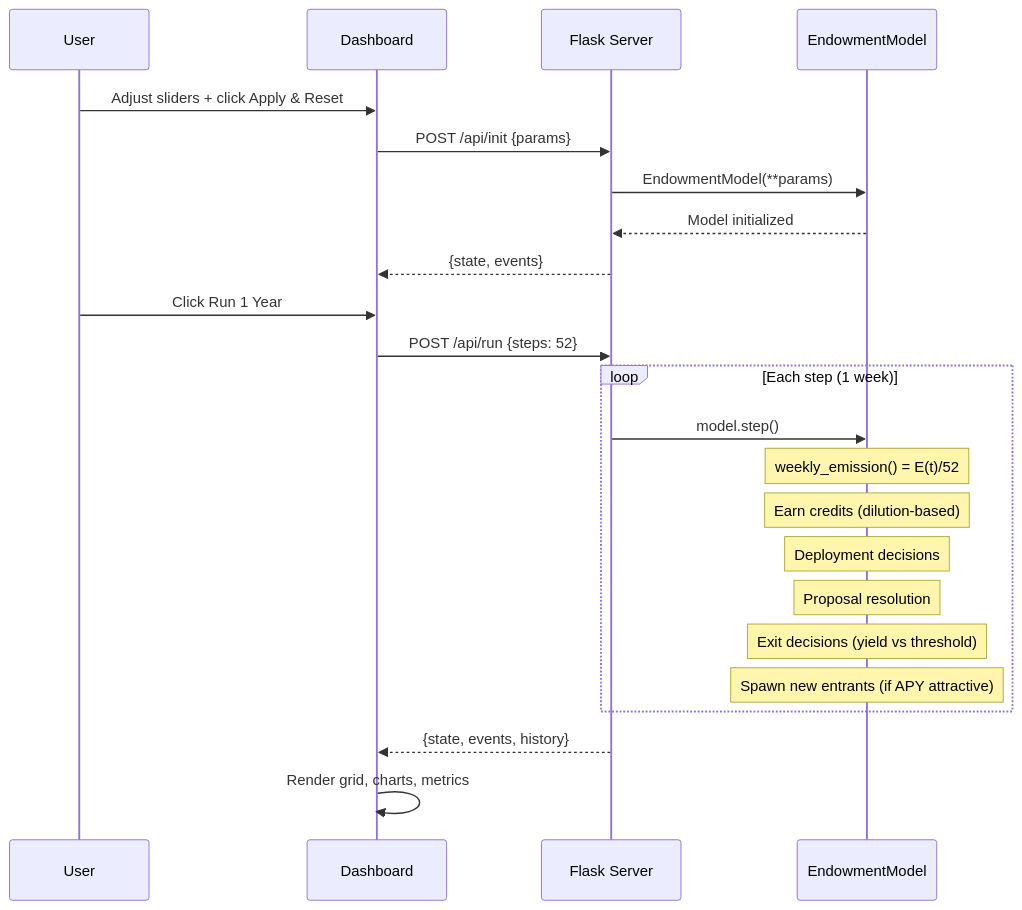
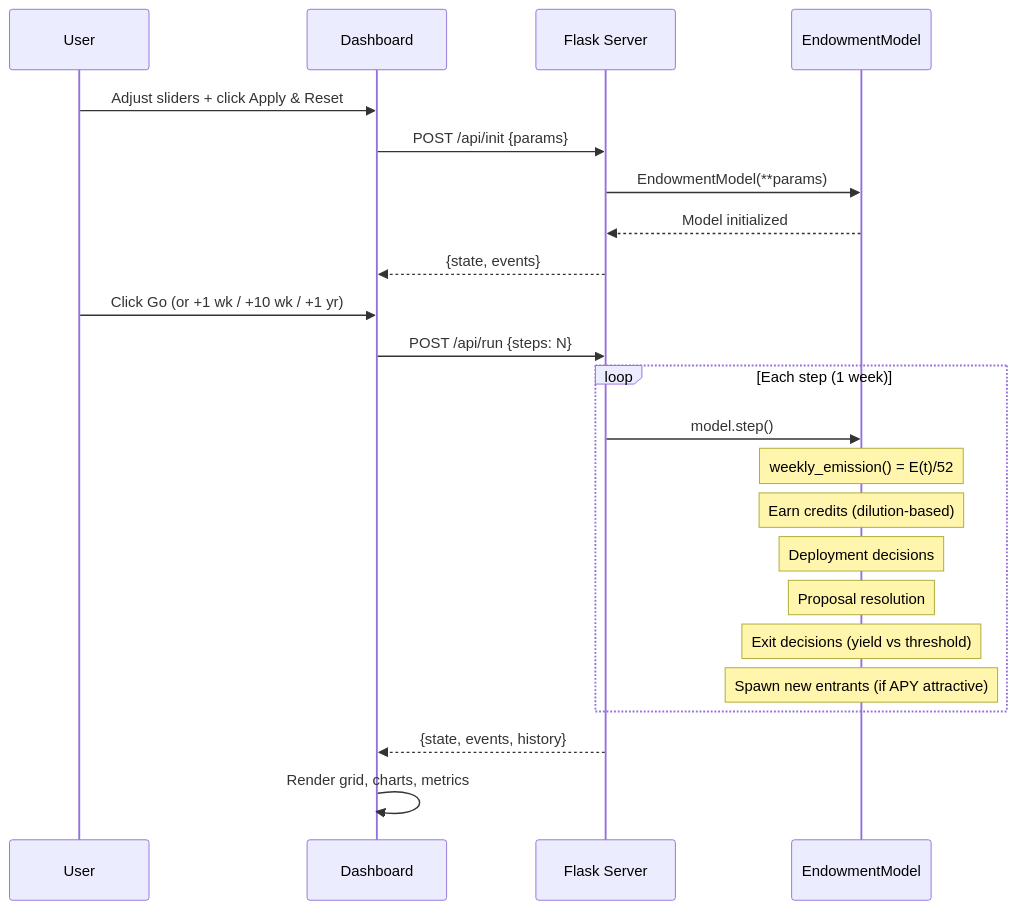
Before and after one commit to rsthornton/rsc-endowment-abm: the second of 13 diagrams in ARCHITECTURE.md, drawn with Mermaid. The commit also changed other lines of this file and 1 other file, not shown here.

First line of the commit message:
docs: update README and ARCHITECTURE for dashboard overhaul

````diff
--- a/ARCHITECTURE.md
+++ b/ARCHITECTURE.md
@@ -35,27 +35,27 @@
 ```mermaid
 sequenceDiagram
     participant U as User
     participant D as Dashboard
     participant S as Flask Server
     participant M as EndowmentModel
 
     U->>D: Adjust sliders + click Apply & Reset
     D->>S: POST /api/init {params}
     S->>M: EndowmentModel(**params)
     M-->>S: Model initialized
     S-->>D: {state, events}
 
-    U->>D: Click Run 1 Year
-    D->>S: POST /api/run {steps: 52}
+    U->>D: Click Go (or +1 wk / +10 wk / +1 yr)
+    D->>S: POST /api/run {steps: N}
     loop Each step (1 week)
         S->>M: model.step()
         Note over M: weekly_emission() = E(t)/52
         Note over M: Earn credits (dilution-based)
         Note over M: Deployment decisions
         Note over M: Proposal resolution
         Note over M: Exit decisions (yield vs threshold)
         Note over M: Spawn new entrants (if APY attractive)
     end
     S-->>D: {state, events, history}
     D->>D: Render grid, charts, metrics
 ```
````
